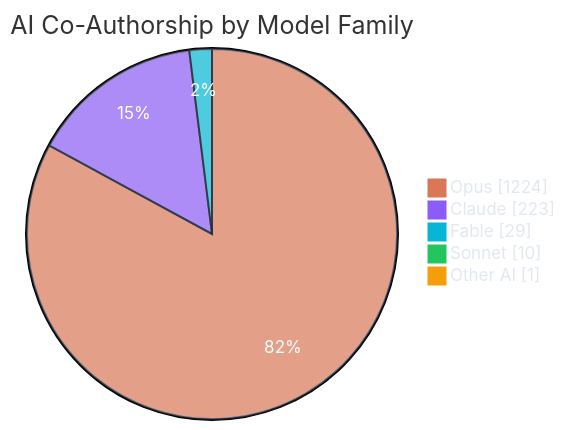
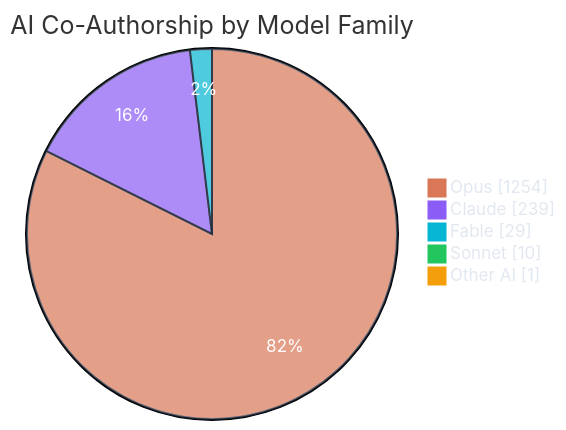
One commit to polo-nyan/polo-nyan changed the third of 7 diagrams in README.md. Above: the diagram before and after it, drawn with Mermaid. The commit also changed other lines of this file and 1 other file, not shown here.

````diff
--- a/README.md
+++ b/README.md
@@ -279,10 +279,10 @@
 ```mermaid
 %%{init: {"theme": "base", "themeVariables": { "pie1": "#d97757", "pie2": "#8b5cf6", "pie3": "#06b6d4", "pie4": "#22c55e", "pie5": "#f59e0b", "pie6": "#ec4899", "pieTextColor": "#ffffff", "pieLegendTextColor": "#e2e8f0", "pieSectionTextColor": "#ffffff", "pieStrokeColor": "#1e293b" }}}%%
 pie showData
     title AI Co-Authorship by Model Family
-    "Opus" : 1224
-    "Claude" : 223
+    "Opus" : 1254
+    "Claude" : 239
     "Fable" : 29
     "Sonnet" : 10
     "Other AI" : 1
 ```
````
